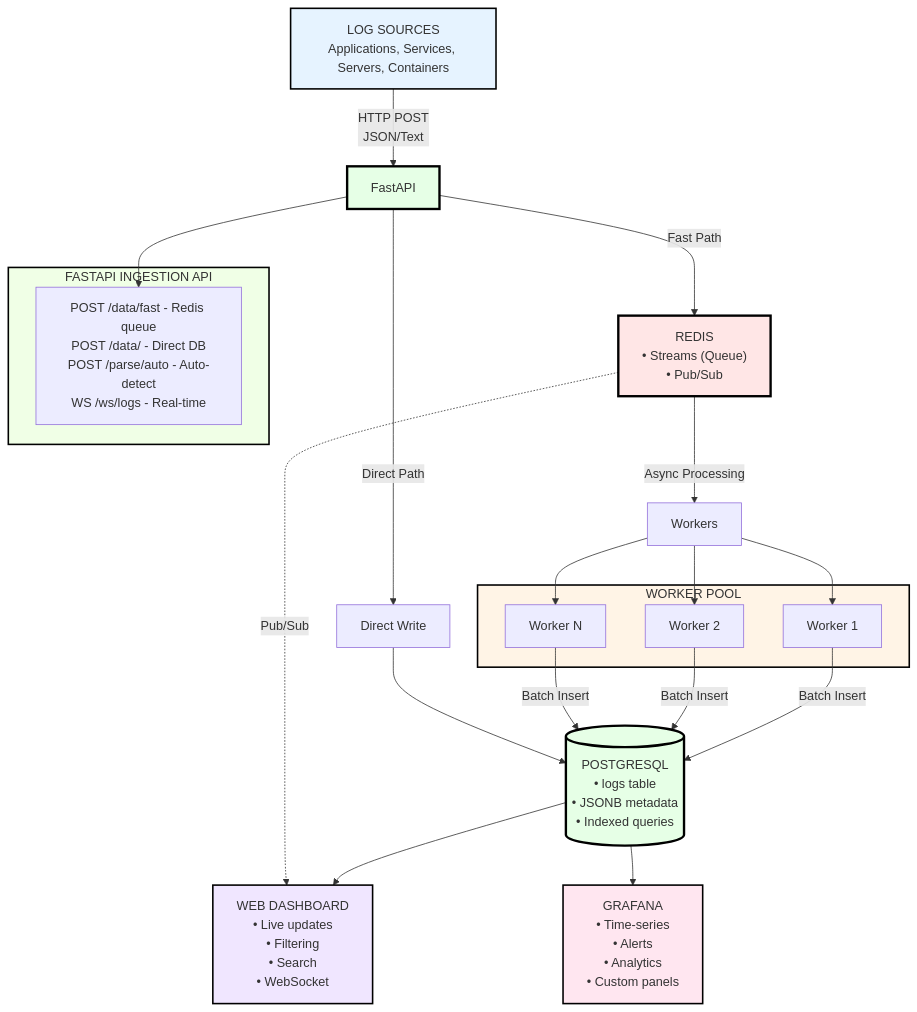
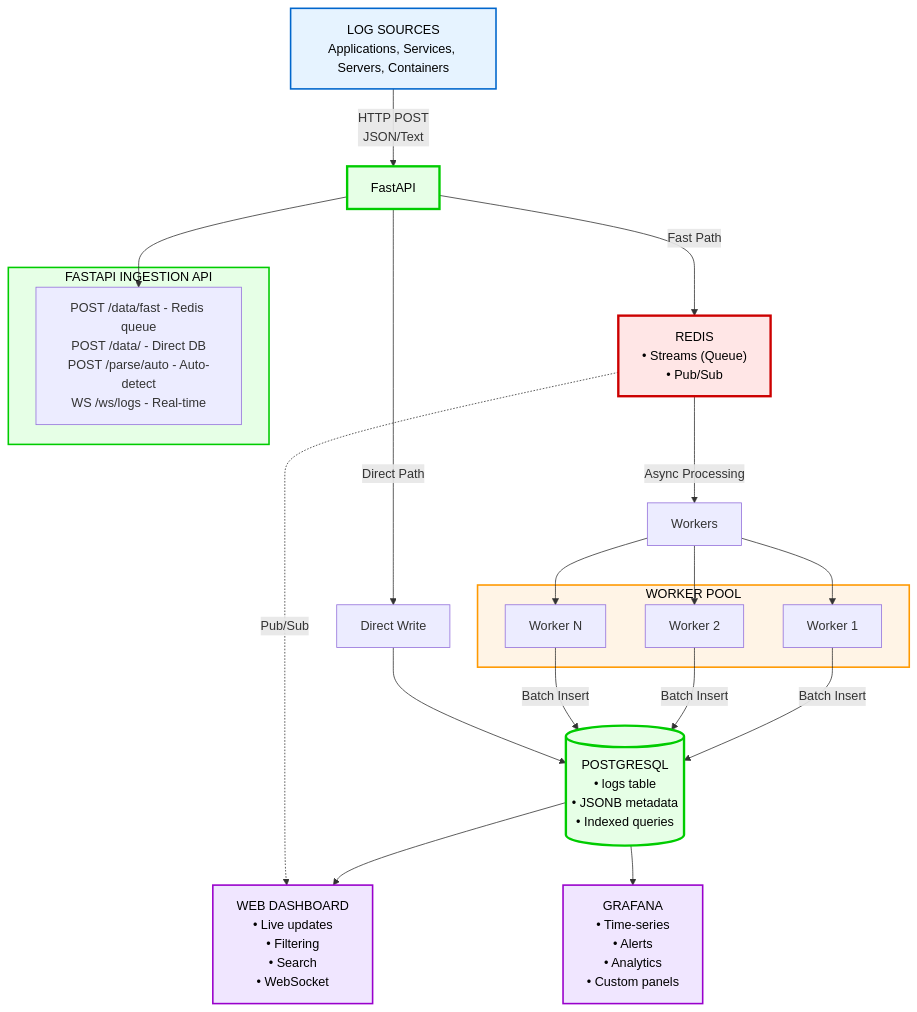
The diagram in README.md (Romanabramovich/logs-and-found), drawn with Mermaid before and after one commit. The commit also changed 2 other files, not shown here.

Commit message:
diagram styling

````diff
--- a/README.md
+++ b/README.md
@@ -150,55 +150,55 @@
 ```mermaid
 graph TB
     Sources["LOG SOURCES<br/>Applications, Services, Servers, Containers"]
 
     Sources -->|HTTP POST<br/>JSON/Text| API
 
     subgraph FastAPI["FASTAPI INGESTION API"]
         Endpoints["POST /data/fast - Redis queue<br/>POST /data/ - Direct DB<br/>POST /parse/auto - Auto-detect<br/>WS /ws/logs - Real-time"]
     end
 
     API[FastAPI] --> Endpoints
 
     API -->|Fast Path| Redis
     API -->|Direct Path| PostgresDB
 
     Redis["REDIS<br/>• Streams (Queue)<br/>• Pub/Sub"]
 
     Redis -->|Async Processing| Workers
 
     subgraph WorkerPool["WORKER POOL"]
         W1[Worker 1]
         W2[Worker 2]
         W3[Worker N]
     end
 
     Workers[Workers] --> W1
     Workers --> W2
     Workers --> W3
 
     W1 -->|Batch Insert| DB
     W2 -->|Batch Insert| DB
     W3 -->|Batch Insert| DB
 
     PostgresDB[Direct Write] --> DB
 
     DB[("POSTGRESQL<br/>• logs table<br/>• JSONB metadata<br/>• Indexed queries")]
 
     DB --> Dashboard
     DB --> Grafana
 
     Redis -.->|Pub/Sub| Dashboard
 
     Dashboard["WEB DASHBOARD<br/>• Live updates<br/>• Filtering<br/>• Search<br/>• WebSocket"]
 
     Grafana["GRAFANA<br/>• Time-series<br/>• Alerts<br/>• Analytics<br/>• Custom panels"]
 
-    style Sources fill:#e6f3ff,stroke:#000000,stroke-width:2px
-    style API fill:#e6ffe6,stroke:#000000,stroke-width:3px
-    style FastAPI fill:#f0ffe6,stroke:#000000,stroke-width:2px
-    style Redis fill:#ffe6e6,stroke:#000000,stroke-width:3px
-    style WorkerPool fill:#fff4e6,stroke:#000000,stroke-width:2px
-    style DB fill:#e6ffe6,stroke:#000000,stroke-width:3px
-    style Dashboard fill:#f0e6ff,stroke:#000000,stroke-width:2px
-    style Grafana fill:#ffe6f0,stroke:#000000,stroke-width:2px
+    style Sources fill:#e6f3ff,stroke:#0066cc,stroke-width:2px,color:#000000
+    style API fill:#e6ffe6,stroke:#00cc00,stroke-width:3px,color:#000000
+    style FastAPI fill:#e6ffe6,stroke:#00cc00,stroke-width:2px,color:#000000
+    style Redis fill:#ffe6e6,stroke:#cc0000,stroke-width:3px,color:#000000
+    style WorkerPool fill:#fff4e6,stroke:#ff9900,stroke-width:2px,color:#000000
+    style DB fill:#e6ffe6,stroke:#00cc00,stroke-width:3px,color:#000000
+    style Dashboard fill:#f0e6ff,stroke:#9900cc,stroke-width:2px,color:#000000
+    style Grafana fill:#f0e6ff,stroke:#9900cc,stroke-width:2px,color:#000000
 ```
````
